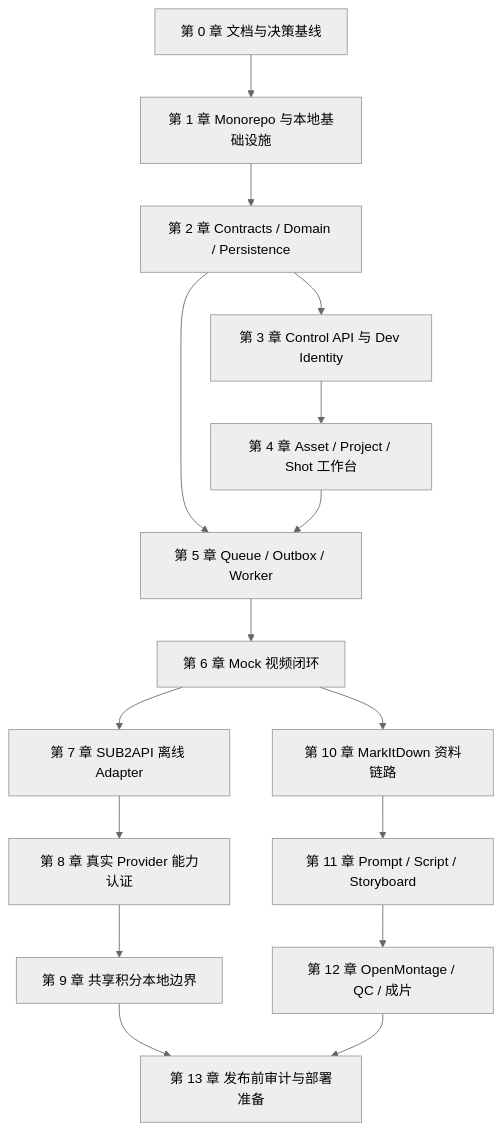
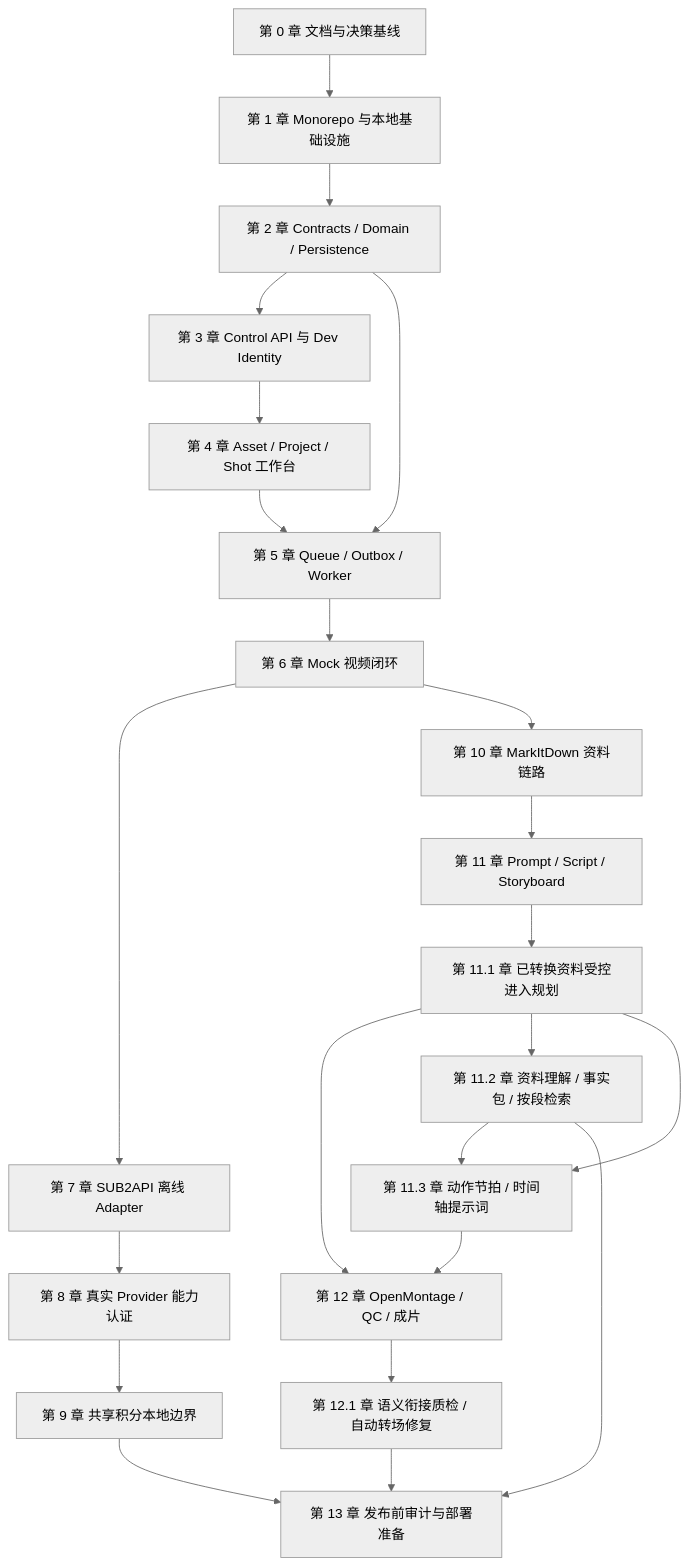
Before and after one commit to meta-xucong/alchemy-video-os: the diagram in doc/AI企业内容生产平台_正式开发总控文档.md, drawn with Mermaid (neutral theme). The commit also changed other lines of this file and 327 other files, not shown here.

````diff
--- a/doc/AI企业内容生产平台_正式开发总控文档.md
+++ b/doc/AI企业内容生产平台_正式开发总控文档.md
@@ -169,18 +200,25 @@
 ```mermaid
 flowchart TD
   C0[第 0 章 文档与决策基线] --> C1[第 1 章 Monorepo 与本地基础设施]
   C1 --> C2[第 2 章 Contracts / Domain / Persistence]
   C2 --> C3[第 3 章 Control API 与 Dev Identity]
   C3 --> C4[第 4 章 Asset / Project / Shot 工作台]
   C2 --> C5[第 5 章 Queue / Outbox / Worker]
   C4 --> C5
   C5 --> C6[第 6 章 Mock 视频闭环]
   C6 --> C7[第 7 章 SUB2API 离线 Adapter]
   C7 --> C8[第 8 章 真实 Provider 能力认证]
   C8 --> C9[第 9 章 共享积分本地边界]
   C6 --> C10[第 10 章 MarkItDown 资料链路]
   C10 --> C11[第 11 章 Prompt / Script / Storyboard]
-  C11 --> C12[第 12 章 OpenMontage / QC / 成片]
+  C11 --> C111[第 11.1 章 已转换资料受控进入规划]
+  C111 --> C12[第 12 章 OpenMontage / QC / 成片]
+  C111 --> C112[第 11.2 章 资料理解 / 事实包 / 按段检索]
+  C112 --> C113[第 11.3 章 动作节拍 / 时间轴提示词]
+  C111 --> C113
+  C113 --> C12
+  C112 --> C13[第 13 章 发布前审计与部署准备]
+  C12 --> C121[第 12.1 章 语义衔接质检 / 自动转场修复]
   C9 --> C13[第 13 章 发布前审计与部署准备]
-  C12 --> C13
+  C121 --> C13
 ```
````
